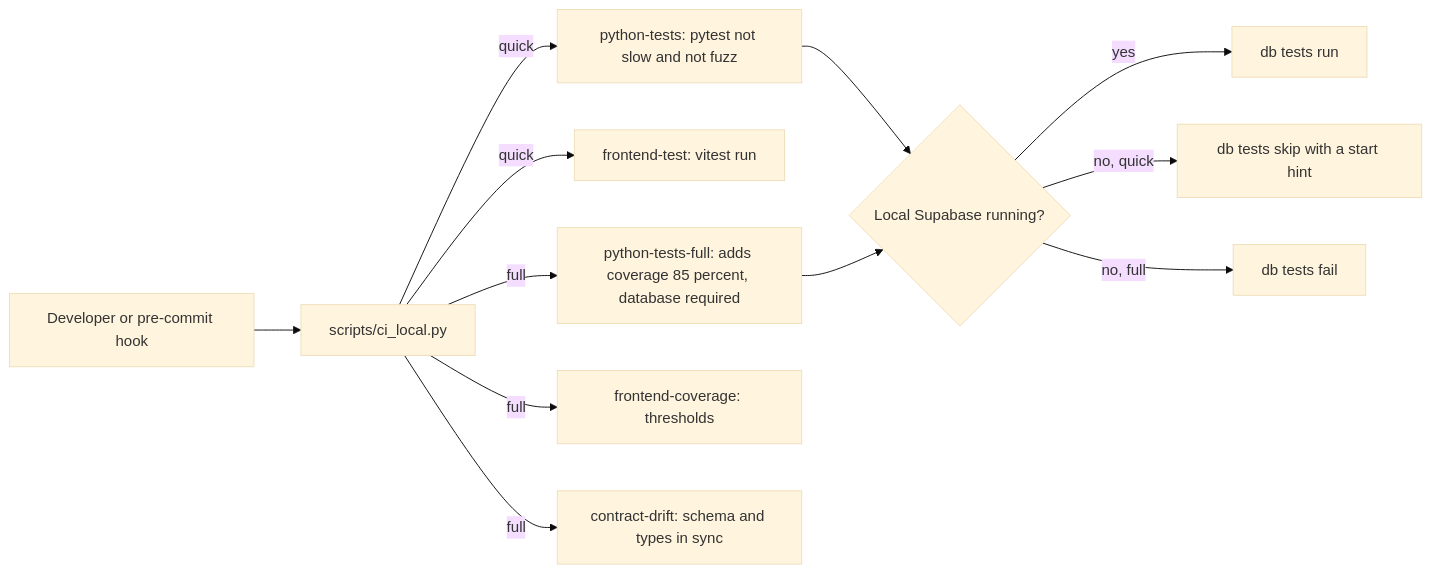
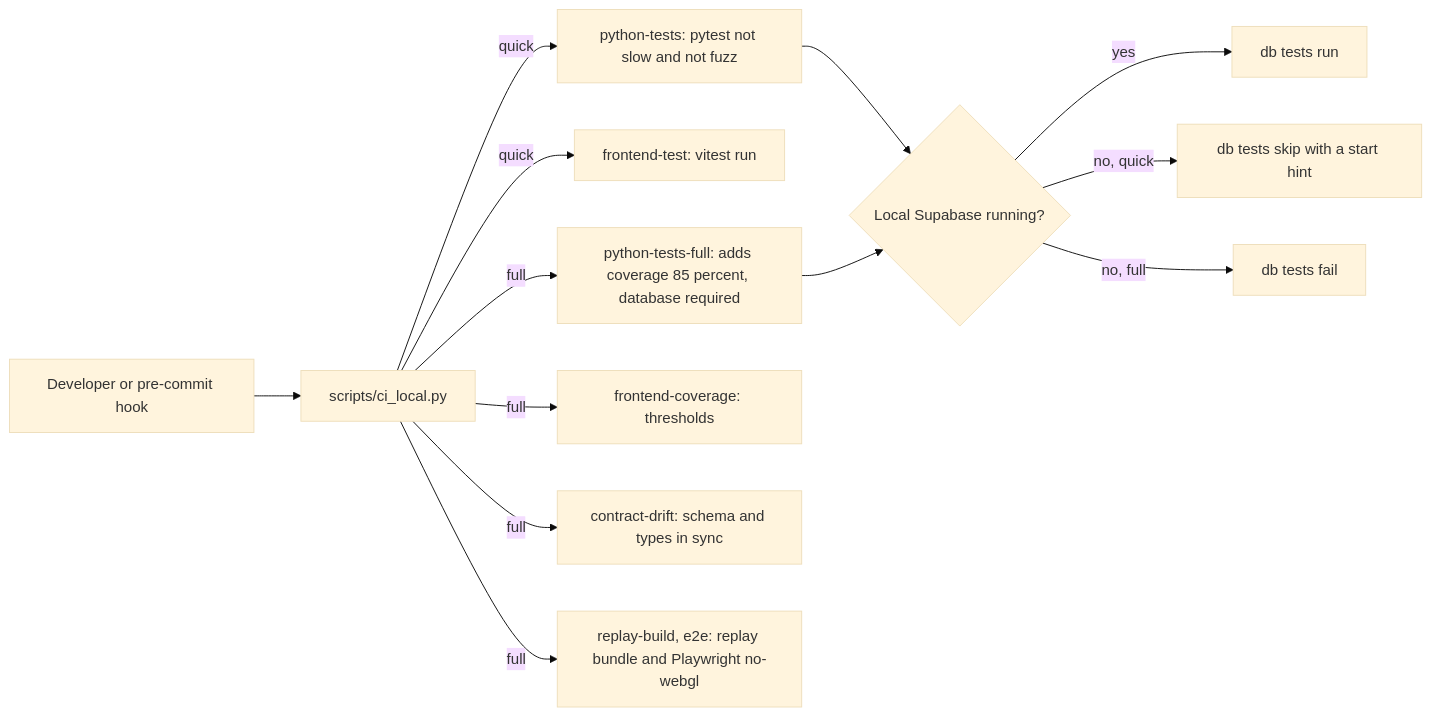
One commit to Nagdy8888/PlumeTrace changed the first of 3 diagrams in docs/reference/TESTING.md. Above: the diagram before and after it, drawn with Mermaid (base theme). The commit also changed other lines of this file and 36 other files, not shown here.

First line of the commit message:
test(e2e): add Playwright flows, accessibility scan, draw-call and fps checks

````diff
--- a/docs/reference/TESTING.md
+++ b/docs/reference/TESTING.md
@@ -31,14 +32,15 @@
 ```mermaid
 flowchart LR
     DEV["Developer or pre-commit hook"] --> CI["scripts/ci_local.py"]
     CI -->|"quick"| Q1["python-tests: pytest not slow and not fuzz"]
     CI -->|"quick"| Q2["frontend-test: vitest run"]
     CI -->|"full"| F1["python-tests-full: adds coverage 85 percent, database required"]
     CI -->|"full"| F2["frontend-coverage: thresholds"]
     CI -->|"full"| F3["contract-drift: schema and types in sync"]
+    CI -->|"full"| F4["replay-build, e2e: replay bundle and Playwright no-webgl"]
     Q1 --> DB{"Local Supabase running?"}
     F1 --> DB
     DB -->|"yes"| RUN["db tests run"]
     DB -->|"no, quick"| SKIP["db tests skip with a start hint"]
     DB -->|"no, full"| FAIL["db tests fail"]
 ```
````
